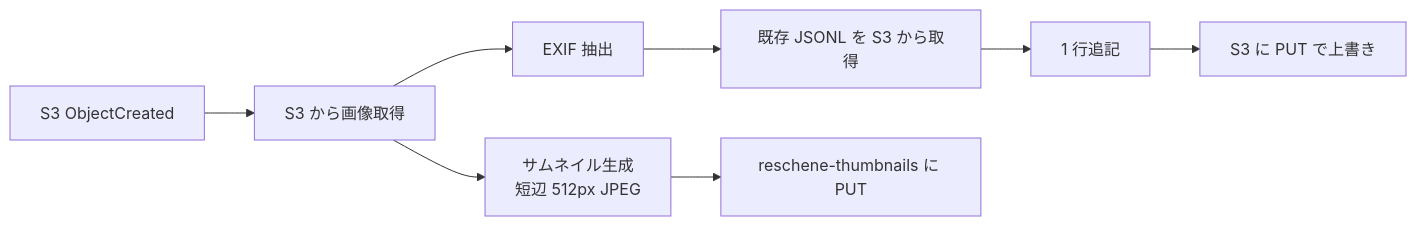
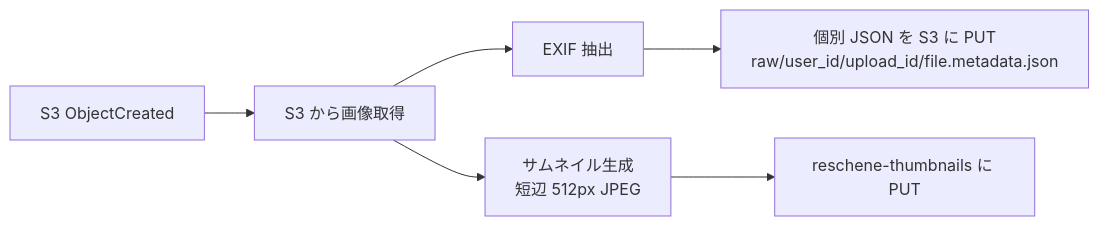
One commit to yayoimizuha/reschene-server changed the second of 4 diagrams in ARCHITECTURE.md. Above: the diagram before and after it, drawn with Mermaid. The commit also changed other lines of this file and 4 other files, not shown here.

First line of the commit message:
Update ARCHITECTURE.md to reflect individual JSON + compaction design, add E2E test docs

````diff
--- a/ARCHITECTURE.md
+++ b/ARCHITECTURE.md
@@ -155,10 +155,8 @@
 ```mermaid
 flowchart LR
     S3Event[S3 ObjectCreated] --> Download[S3 から画像取得]
     Download --> EXIF[EXIF 抽出]
     Download --> Thumbnail[サムネイル生成\n短辺 512px JPEG]
-    EXIF --> GetJSONL[既存 JSONL を S3 から取得]
-    GetJSONL --> Append[1 行追記]
-    Append --> PutJSONL[S3 に PUT で上書き]
+    EXIF --> WriteJSON[個別 JSON を S3 に PUT\nraw/user_id/upload_id/file.metadata.json]
     Thumbnail --> PutThumb[reschene-thumbnails に PUT]
 ```
````
